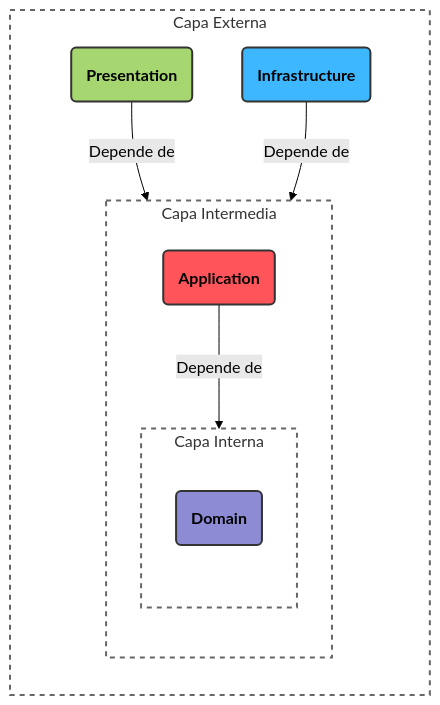
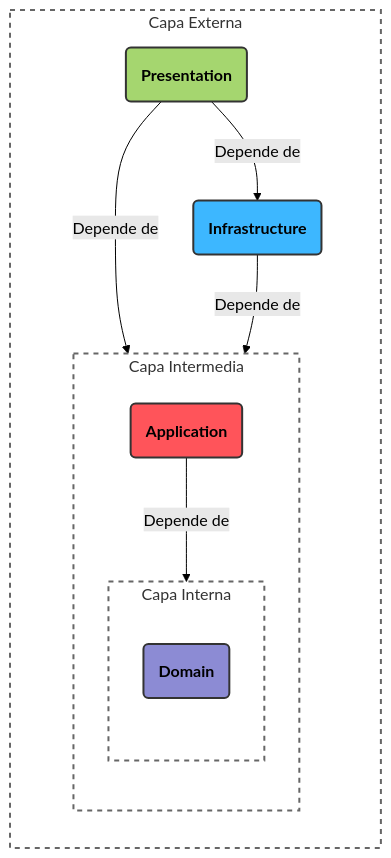
The diagram in README.md (lautaro-rojas/Clean-Architecture), drawn with Mermaid (forest theme) before and after one commit. The commit also changed other lines of this file, not shown here.

````diff
--- a/README.md
+++ b/README.md
@@ -3,35 +59,36 @@
 ```mermaid
 flowchart TD
     %% Definición de estilos basados en los colores de tu imagen
     classDef presentation fill:#A5D66F,stroke:#333,stroke-width:2px,color:#000,font-weight:bold;
     classDef infrastructure fill:#3DB7FF,stroke:#333,stroke-width:2px,color:#000,font-weight:bold;
     classDef application fill:#FF545A,stroke:#333,stroke-width:2px,color:#000,font-weight:bold;
     classDef domain fill:#8C8BD4,stroke:#333,stroke-width:2px,color:#000,font-weight:bold;
 
     subgraph OuterLayer [Capa Externa]
         direction TB
         P(Presentation):::presentation
         
         subgraph MiddleLayer [Capa Intermedia]
             direction TB
             A(Application):::application
             
             subgraph InnerLayer [Capa Interna]
                 direction TB
                 D(Domain):::domain
             end
         end
         
         I(Infrastructure):::infrastructure
     end
 
     %% Regla de dependencia de Clean Architecture (Siempre hacia el centro)
     P -->|Depende de| A
+    P -->|Depende de| I
     I -->|Depende de| A
     A -->|Depende de| D
 
     %% Estilos de los contenedores
     style OuterLayer fill:none,stroke:#666,stroke-width:2px,stroke-dasharray: 5 5
     style MiddleLayer fill:none,stroke:#666,stroke-width:2px,stroke-dasharray: 5 5
     style InnerLayer fill:none,stroke:#666,stroke-width:2px,stroke-dasharray: 5 5
 ```
````
